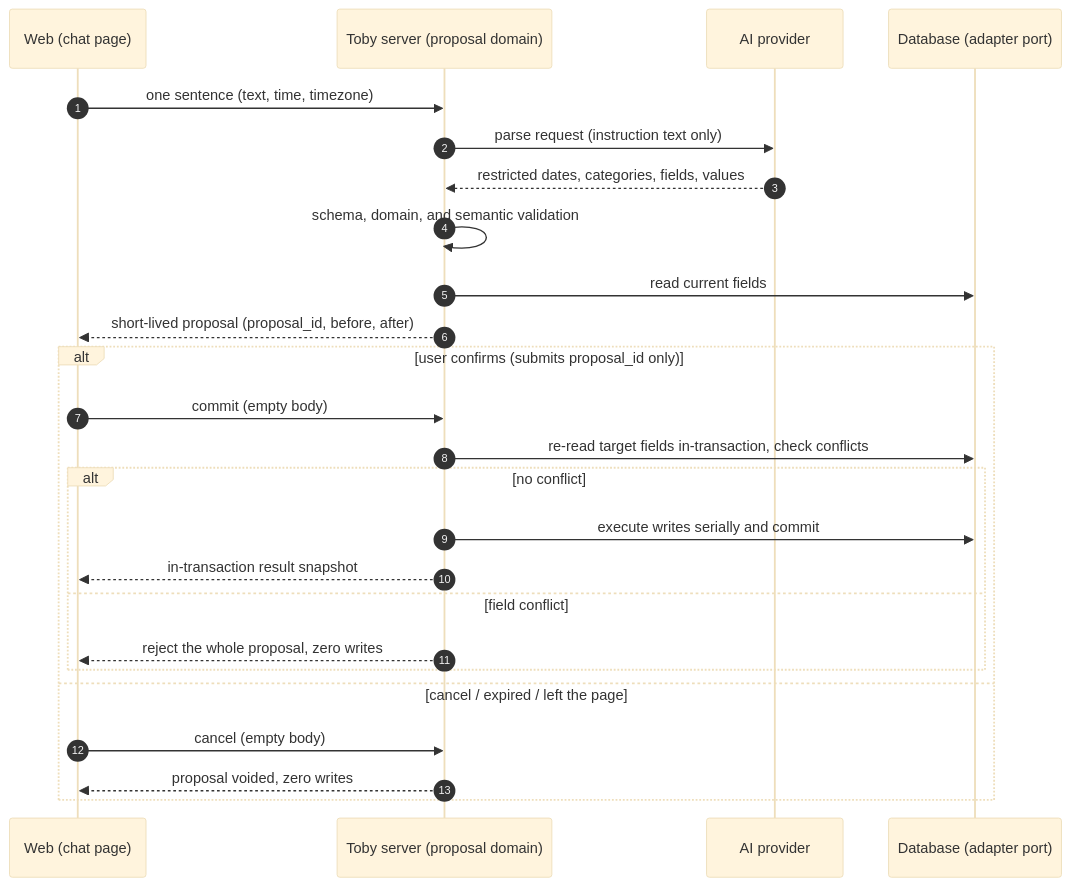
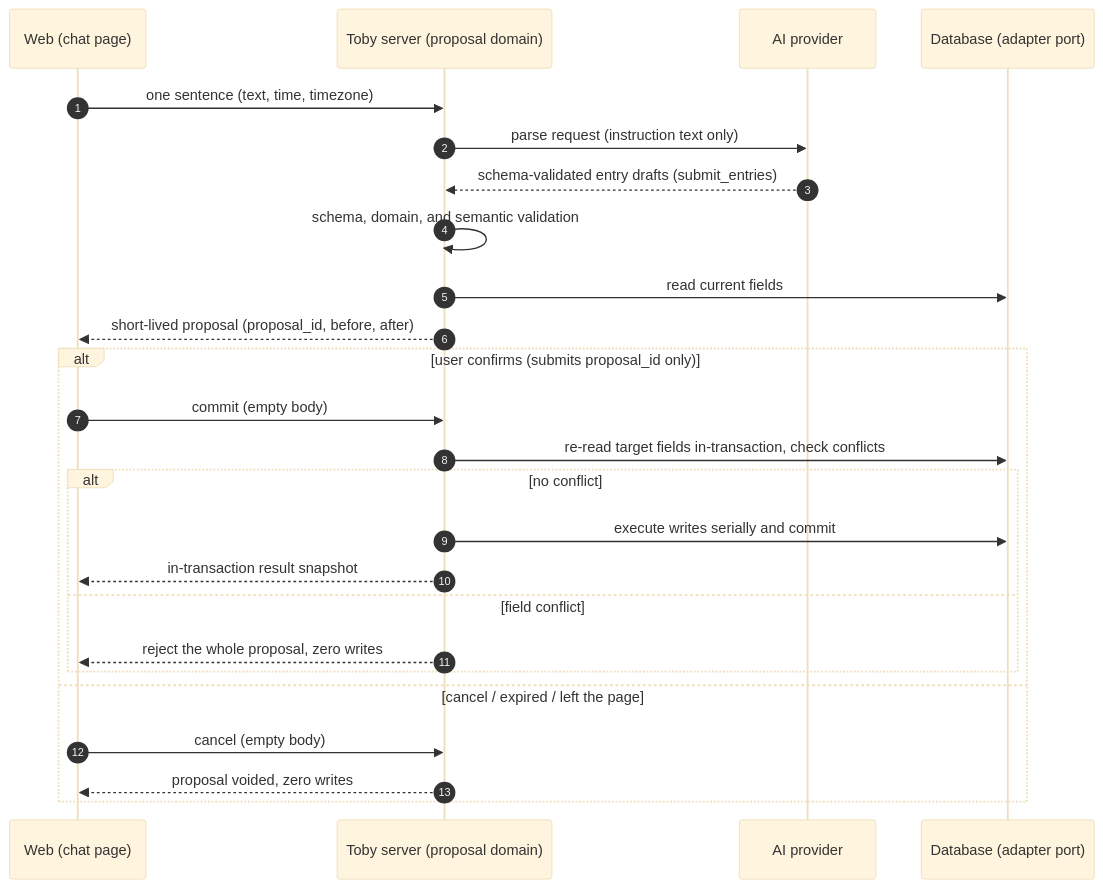
Before and after one commit to dengyusys/toby: the second of 3 diagrams in docs/system-overview.md, drawn with Mermaid (base theme). The commit also changed other lines of this file and 46 other files, not shown here.

````diff
--- a/docs/system-overview.md
+++ b/docs/system-overview.md
@@ -86,29 +86,29 @@
 ```mermaid
 sequenceDiagram
     autonumber
     participant W as Web (chat page)
     participant S as Toby server (proposal domain)
     participant A as AI provider
     participant D as Database (adapter port)
 
     W->>S: one sentence (text, time, timezone)
     S->>A: parse request (instruction text only)
-    A-->>S: restricted dates, categories, fields, values
+    A-->>S: schema-validated entry drafts (submit_entries)
     S->>S: schema, domain, and semantic validation
     S->>D: read current fields
     S-->>W: short-lived proposal (proposal_id, before, after)
 
     alt user confirms (submits proposal_id only)
         W->>S: commit (empty body)
         S->>D: re-read target fields in-transaction, check conflicts
         alt no conflict
             S->>D: execute writes serially and commit
             S-->>W: in-transaction result snapshot
         else field conflict
             S-->>W: reject the whole proposal, zero writes
         end
     else cancel / expired / left the page
         W->>S: cancel (empty body)
         S-->>W: proposal voided, zero writes
     end
 ```
````
